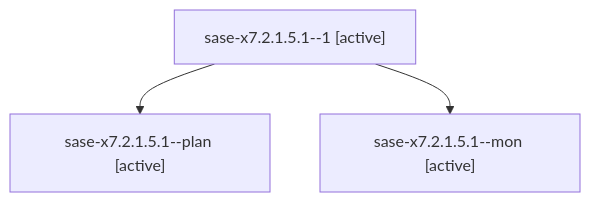
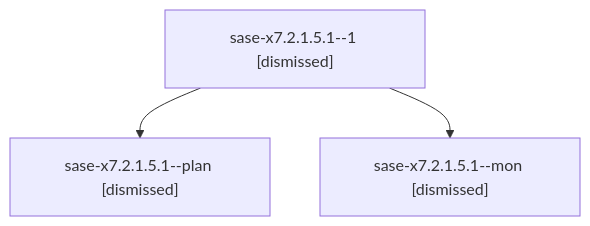
Before and after one commit to sase-org/sase--agents: the diagram in sessions/bbugyi200.athena.sase-x7.2.1.5.1.md, drawn with Mermaid. The commit also changed other lines of this file and 397 other files, not shown here.

````diff
--- a/sessions/bbugyi200.athena.sase-x7.2.1.5.1.md
+++ b/sessions/bbugyi200.athena.sase-x7.2.1.5.1.md
@@ -9,8 +9,8 @@
 ```mermaid
 flowchart TD
-  n0["sase-x7.2.1.5.1--1 [active]"]
-  n1["sase-x7.2.1.5.1--plan [active]"]
+  n0["sase-x7.2.1.5.1--1 [dismissed]"]
+  n1["sase-x7.2.1.5.1--plan [dismissed]"]
   n0 --> n1
-  n2["sase-x7.2.1.5.1--mon [active]"]
+  n2["sase-x7.2.1.5.1--mon [dismissed]"]
   n0 --> n2
 ```
````
